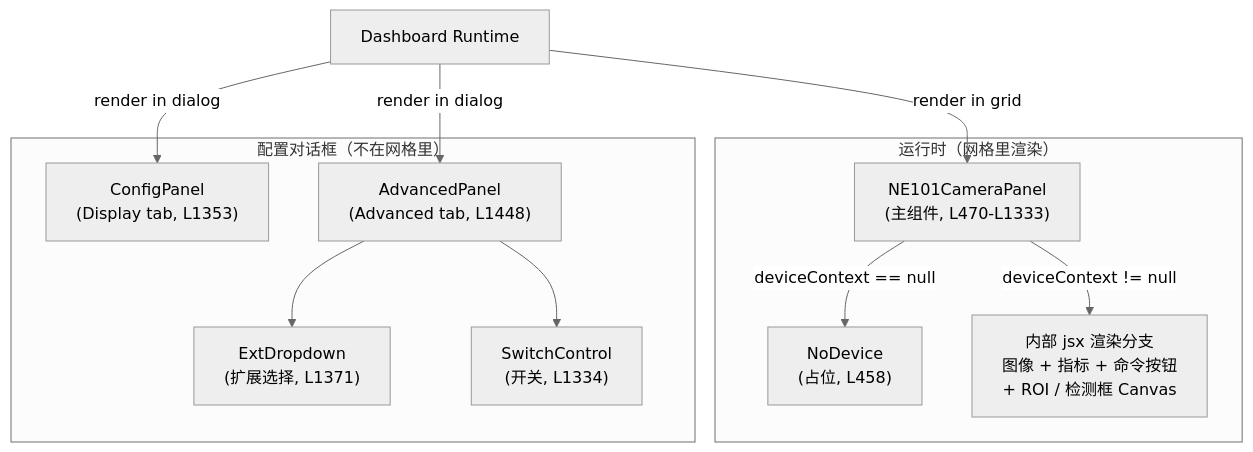
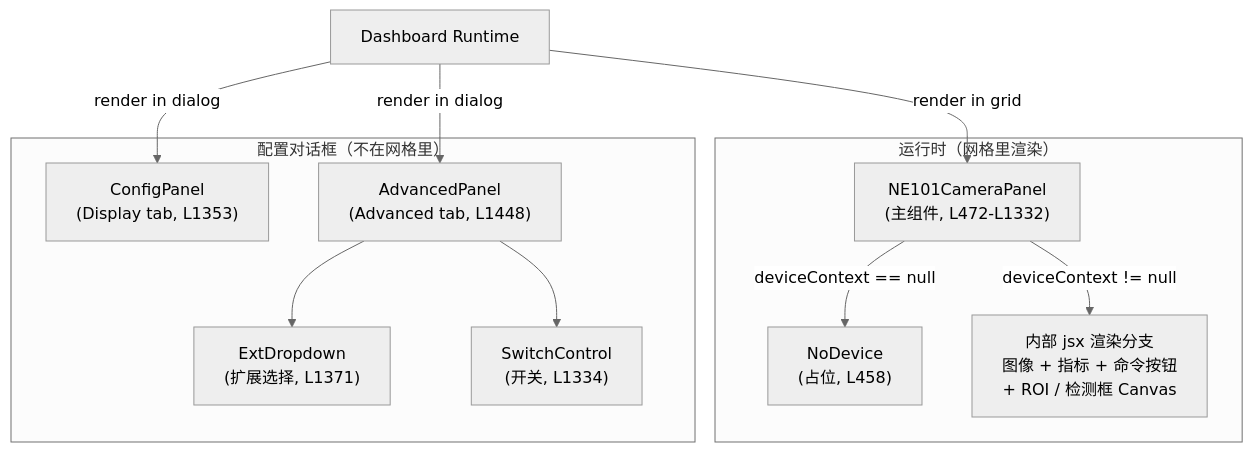
Before and after one commit to luommy/wiki-documents: the second of 3 diagrams in docs/0-neomind/developer-guide/case-studies/7-ne101-camera-component/2-architecture.md, drawn with Mermaid (neutral theme). The commit also changed other lines of this file and 10 other files, not shown here.

````diff
--- a/docs/0-neomind/developer-guide/case-studies/7-ne101-camera-component/2-architecture.md
+++ b/docs/0-neomind/developer-guide/case-studies/7-ne101-camera-component/2-architecture.md
@@ -374,24 +374,24 @@
 ```mermaid
 graph TB
     subgraph RUNTIME["运行时（网格里渲染）"]
-        MAIN["NE101CameraPanel<br/>(主组件, L470-L1333)"]
+        MAIN["NE101CameraPanel<br/>(主组件, L472-L1332)"]
         NODEVICE["NoDevice<br/>(占位, L458)"]
         INNER["内部 jsx 渲染分支<br/>图像 + 指标 + 命令按钮<br/>+ ROI / 检测框 Canvas"]
         MAIN -->|"deviceContext == null"| NODEVICE
         MAIN -->|"deviceContext != null"| INNER
     end
 
     subgraph CONFIG["配置对话框（不在网格里）"]
         CFG["ConfigPanel<br/>(Display tab, L1353)"]
         ADV["AdvancedPanel<br/>(Advanced tab, L1448)"]
         DD["ExtDropdown<br/>(扩展选择, L1371)"]
         SW["SwitchControl<br/>(开关, L1334)"]
         ADV --> DD
         ADV --> SW
     end
 
     HOST["Dashboard Runtime"]
     HOST -->|"render in grid"| MAIN
     HOST -->|"render in dialog"| CFG
     HOST -->|"render in dialog"| ADV
 ```
````
